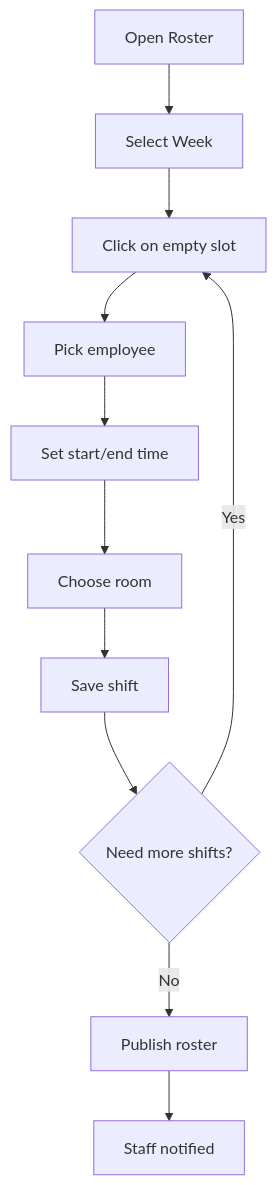
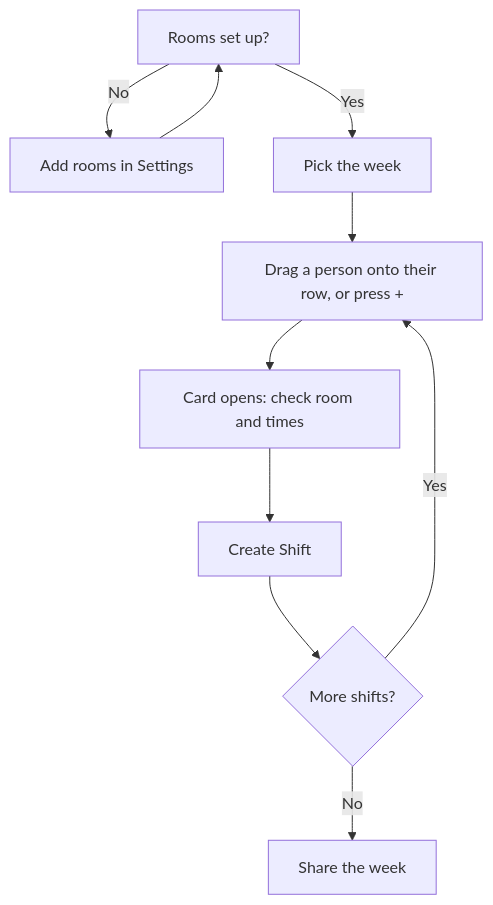
Before and after one commit to Hulupeep/timebreez-help: the diagram in docs/app/roster.md, drawn with Mermaid. The commit also changed other lines of this file and 3 other files, not shown here.

````diff
--- a/docs/app/roster.md
+++ b/docs/app/roster.md
@@ -31,15 +33,12 @@
 ```mermaid
 flowchart TD
-    A[Open Roster] --> B[Select Week]
-    B --> C[Click on empty slot]
-    C --> D[Pick employee]
-    D --> E[Set start/end time]
-    E --> F[Choose room]
-    F --> G[Save shift]
-
-    G --> H{Need more shifts?}
-    H -->|Yes| C
-    H -->|No| I[Publish roster]
-
-    I --> J[Staff notified]
+    A[Rooms set up?] -->|No| R[Add rooms in Settings]
+    R --> A
+    A -->|Yes| B[Pick the week]
+    B --> C[Drag a person onto their row, or press +]
+    C --> D[Card opens: check room and times]
+    D --> E[Create Shift]
+    E --> F{More shifts?}
+    F -->|Yes| C
+    F -->|No| G[Share the week]
 ```
````
